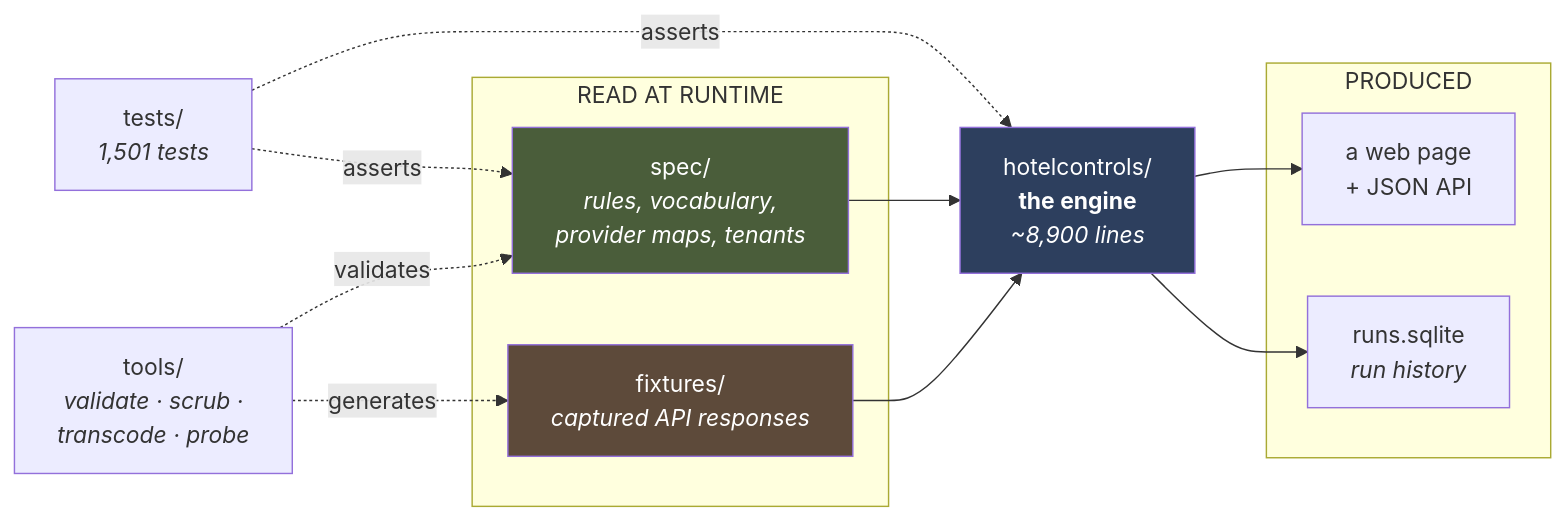
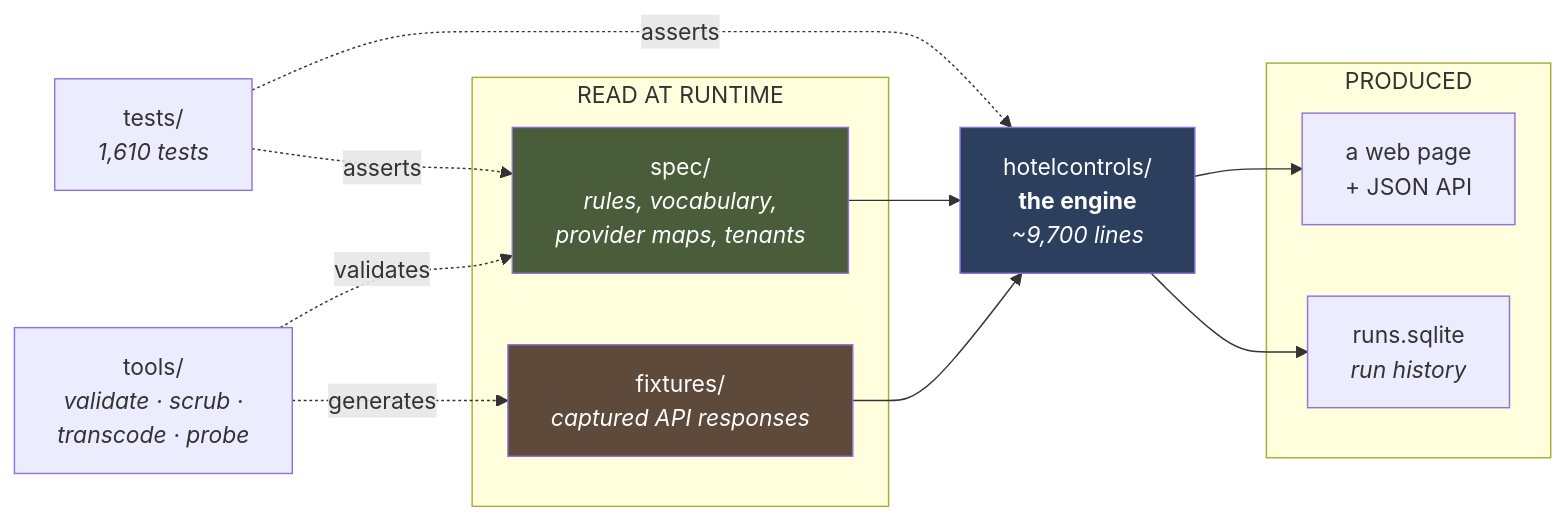
Before and after one commit to sauravs/miniHotelPMS: the diagram in docs/project-explainer/02-file-structure.md, drawn with Mermaid. The commit also changed other lines of this file and 1 other file, not shown here.

````diff
--- a/docs/project-explainer/02-file-structure.md
+++ b/docs/project-explainer/02-file-structure.md
@@ -37,30 +37,30 @@
 ```mermaid
 flowchart LR
     subgraph inputs[" READ AT RUNTIME "]
         SPEC["spec/<br/><i>rules, vocabulary,<br/>provider maps, tenants</i>"]
         FIX["fixtures/<br/><i>captured API responses</i>"]
     end
 
-    ENG["hotelcontrols/<br/><b>the engine</b><br/><i>~8,900 lines</i>"]
+    ENG["hotelcontrols/<br/><b>the engine</b><br/><i>~9,700 lines</i>"]
 
     subgraph outputs[" PRODUCED "]
         WEB["a web page<br/>+ JSON API"]
         DB["runs.sqlite<br/><i>run history</i>"]
     end
 
-    TESTS["tests/<br/><i>1,501 tests</i>"]
+    TESTS["tests/<br/><i>1,610 tests</i>"]
     TOOLS["tools/<br/><i>validate · scrub ·<br/>transcode · probe</i>"]
 
     SPEC --> ENG
     FIX --> ENG
     ENG --> WEB
     ENG --> DB
     TESTS -.asserts.-> ENG
     TESTS -.asserts.-> SPEC
     TOOLS -.validates.-> SPEC
     TOOLS -.generates.-> FIX
 
     style ENG fill:#2d3f5e,color:#fff
     style SPEC fill:#4a5d3a,color:#fff
     style FIX fill:#5d4a3a,color:#fff
 ```
````
